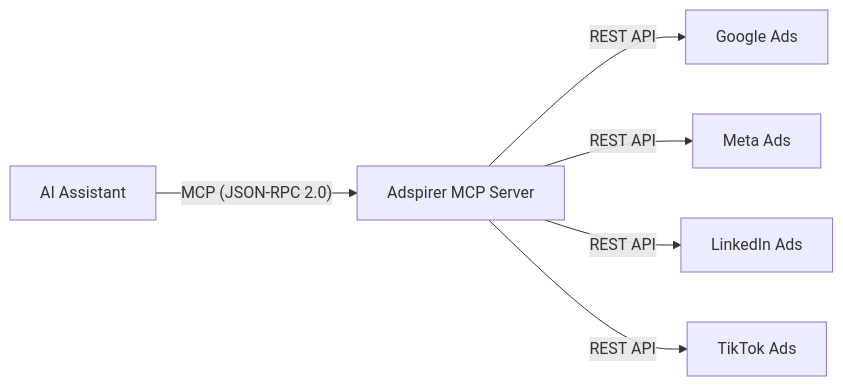
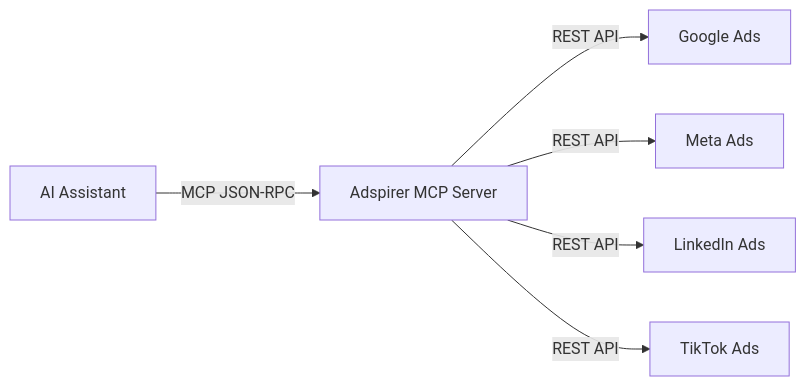
Before and after one commit to Adspirer/docs: the first of 2 diagrams in mcp.mdx, drawn with Mermaid. The commit also changed other lines of this file and 1 other file, not shown here.

Commit message:
Fix Mermaid rendering: remove quotes, numbered prefixes, and special chars from node labels
Mintlify's Mermaid renderer parses node label text as markdown,
so patterns like "1. text" trigger ordered list parsing. Removed all
quoted labels, numbered prefixes, question marks, and parentheses
from both workflows.mdx and mcp.mdx diagrams.

````diff
--- a/mcp.mdx
+++ b/mcp.mdx
@@ -12,8 +12,8 @@
 ```mermaid
 flowchart LR
-    A["AI Assistant"] -->|"MCP (JSON-RPC 2.0)"| B["Adspirer MCP Server"]
-    B -->|"REST API"| C["Google Ads"]
-    B -->|"REST API"| D["Meta Ads"]
-    B -->|"REST API"| E["LinkedIn Ads"]
-    B -->|"REST API"| F["TikTok Ads"]
+    A[AI Assistant] -->|MCP JSON-RPC| B[Adspirer MCP Server]
+    B -->|REST API| C[Google Ads]
+    B -->|REST API| D[Meta Ads]
+    B -->|REST API| E[LinkedIn Ads]
+    B -->|REST API| F[TikTok Ads]
 ```
````
